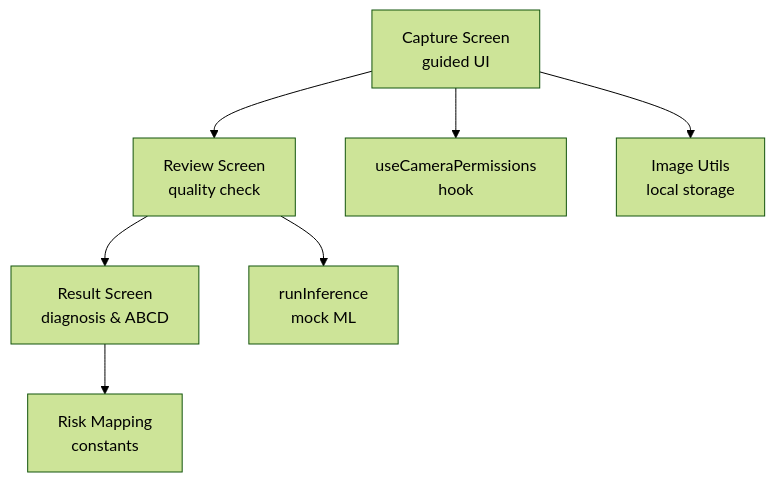
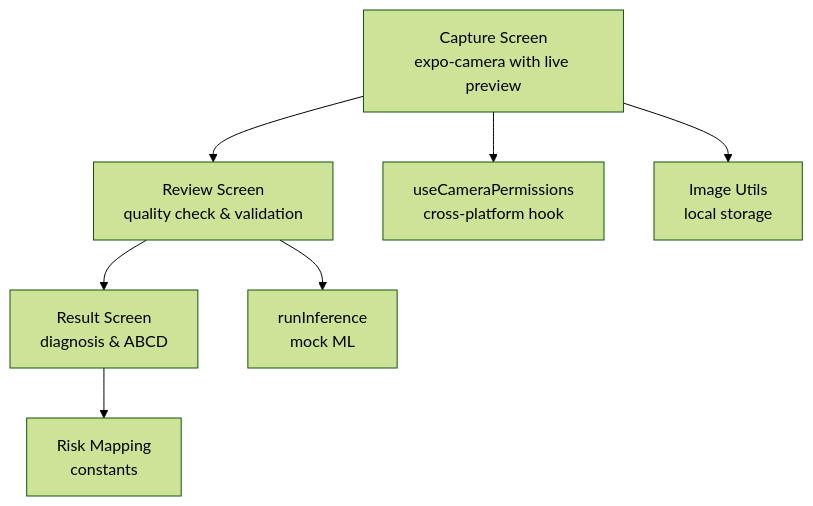
The first of 9 diagrams in .qoder/repowiki/en/content/Camera Integration.md (AdeelTahir-SE/DermSight), drawn with Mermaid (forest theme) before and after one commit. The commit also changed other lines of this file and 18 other files, not shown here.

First line of the commit message:
feat(camera): implement production-ready expo-camera integration with real-time preview

````diff
--- a/.qoder/repowiki/en/content/Camera Integration.md
+++ b/.qoder/repowiki/en/content/Camera Integration.md
@@ -40,9 +50,9 @@
 ```mermaid
 graph TB
-Capture["Capture Screen<br/>guided UI"] --> Review["Review Screen<br/>quality check"]
+Capture["Capture Screen<br/>expo-camera with live preview"] --> Review["Review Screen<br/>quality check & validation"]
 Review --> Result["Result Screen<br/>diagnosis & ABCD"]
-Capture --> Permissions["useCameraPermissions<br/>hook"]
+Capture --> Permissions["useCameraPermissions<br/>cross-platform hook"]
 Review --> Inference["runInference<br/>mock ML"]
 Capture --> Images["Image Utils<br/>local storage"]
 Result --> Risk["Risk Mapping<br/>constants"]
 ```
````
